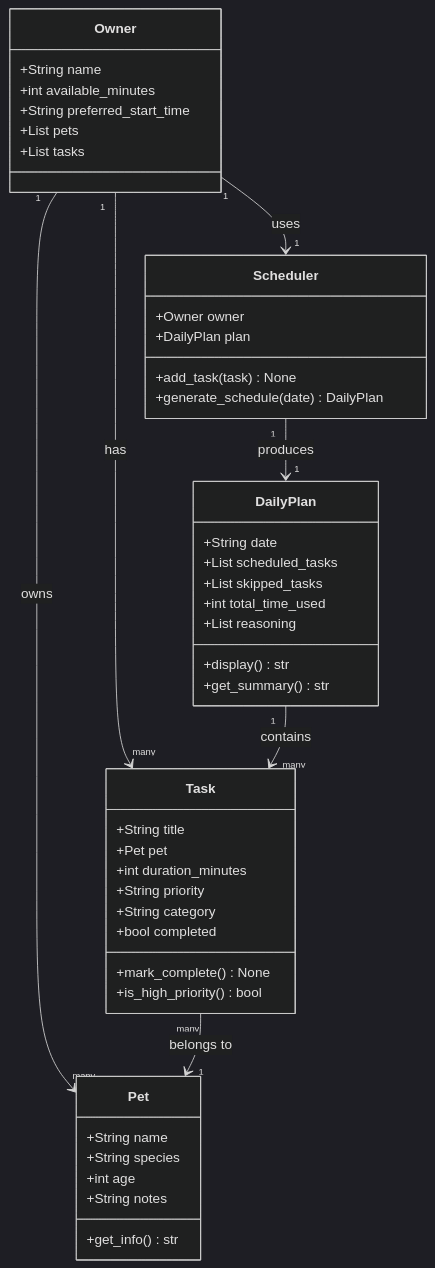
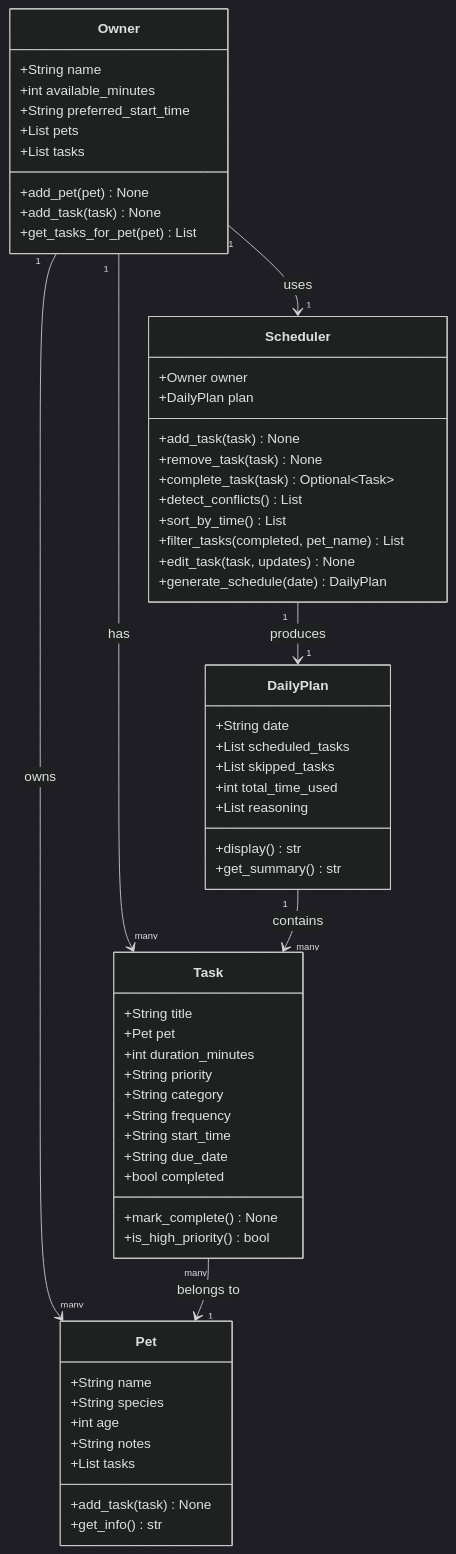
One commit to Prasanna032/ai110-module2-pawpal changed the diagram in uml.md. Above: the diagram before and after it, drawn with Mermaid (dark theme). The commit also changed 10 other files, not shown here.

Commit message:
Updated README with demo, testing and features section overview. Update app.py for task category and frequency selection, conflict detection, and improved task display.

````diff
--- a/uml.md
+++ b/uml.md
@@ -3,53 +3,67 @@
 ```mermaid
 classDiagram
     class Owner {
         +String name
         +int available_minutes
         +String preferred_start_time
         +List pets
         +List tasks
+        +add_pet(pet) None
+        +add_task(task) None
+        +get_tasks_for_pet(pet) List
     }
 
     class Pet {
         +String name
         +String species
         +int age
         +String notes
+        +List tasks
+        +add_task(task) None
         +get_info() str
     }
 
     class Task {
         +String title
         +Pet pet
         +int duration_minutes
         +String priority
         +String category
+        +String frequency
+        +String start_time
+        +String due_date
         +bool completed
         +mark_complete() None
         +is_high_priority() bool
     }
 
     class Scheduler {
         +Owner owner
         +DailyPlan plan
         +add_task(task) None
+        +remove_task(task) None
+        +complete_task(task) Optional~Task~
+        +detect_conflicts() List
+        +sort_by_time() List
+        +filter_tasks(completed, pet_name) List
+        +edit_task(task, updates) None
         +generate_schedule(date) DailyPlan
     }
 
     class DailyPlan {
         +String date
         +List scheduled_tasks
         +List skipped_tasks
         +int total_time_used
         +List reasoning
         +display() str
         +get_summary() str
     }
 
     Owner "1" --> "many" Pet : owns
     Owner "1" --> "many" Task : has
     Owner "1" --> "1" Scheduler : uses
     Task "many" --> "1" Pet : belongs to
     Scheduler "1" --> "1" DailyPlan : produces
     DailyPlan "1" --> "many" Task : contains
 ```
````
